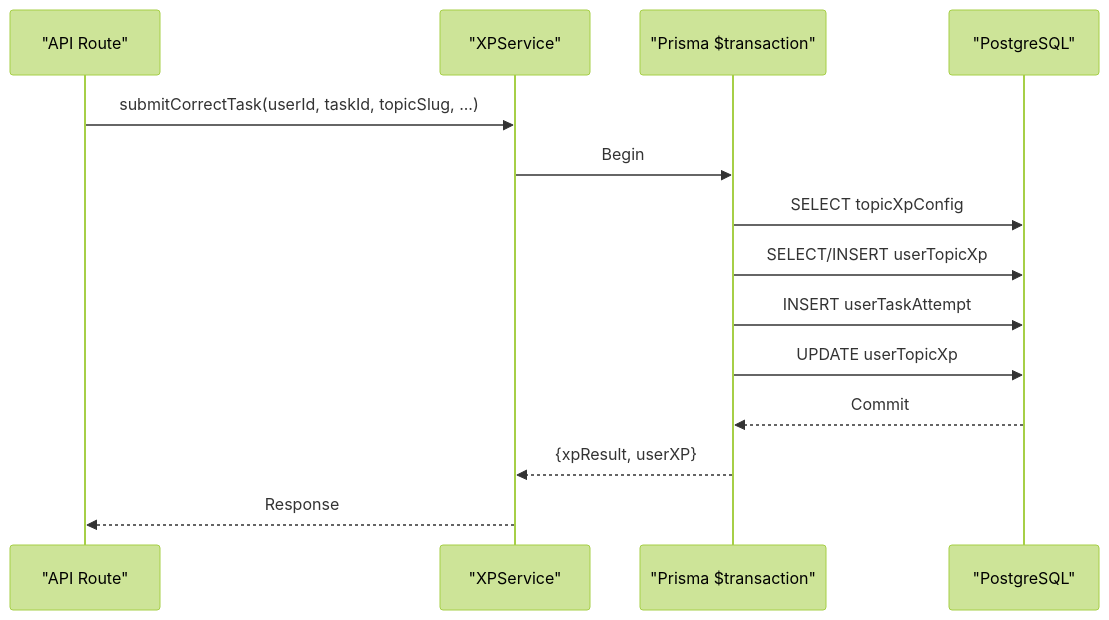
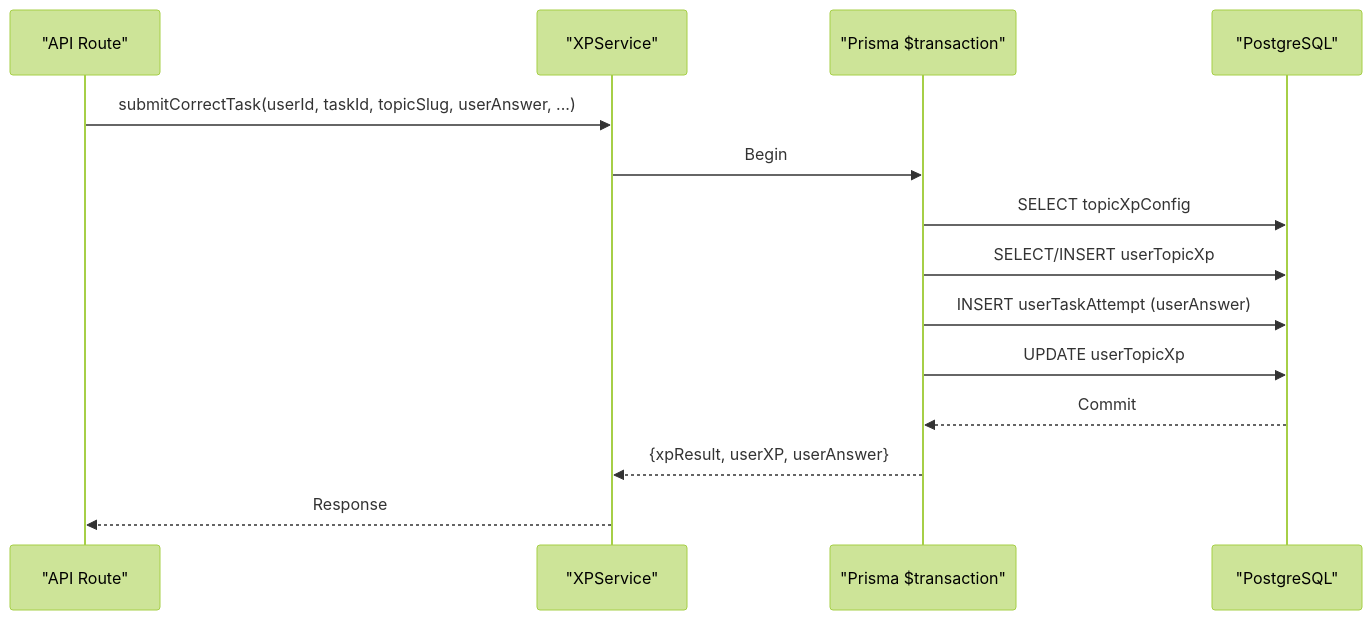
The eighth of 15 diagrams in .qoder/repowiki/en/content/Architecture & Design/Database Design & Integration.md (AlexKutz/math-app-next-js), drawn with Mermaid (forest theme) before and after one commit. The commit also changed other lines of this file and 125 other files, not shown here.

````diff
--- a/.qoder/repowiki/en/content/Architecture & Design/Database Design & Integration.md
+++ b/.qoder/repowiki/en/content/Architecture & Design/Database Design & Integration.md
@@ -398,16 +417,16 @@
 ```mermaid
 sequenceDiagram
 participant API as "API Route"
 participant Svc as "XPService"
 participant Tx as "Prisma $transaction"
 participant DB as "PostgreSQL"
-API->>Svc : submitCorrectTask(userId, taskId, topicSlug, ...)
+API->>Svc : submitCorrectTask(userId, taskId, topicSlug, userAnswer, ...)
 Svc->>Tx : Begin
 Tx->>DB : SELECT topicXpConfig
 Tx->>DB : SELECT/INSERT userTopicXp
-Tx->>DB : INSERT userTaskAttempt
+Tx->>DB : INSERT userTaskAttempt (userAnswer)
 Tx->>DB : UPDATE userTopicXp
 DB-->>Tx : Commit
-Tx-->>Svc : {xpResult, userXP}
+Tx-->>Svc : {xpResult, userXP, userAnswer}
 Svc-->>API : Response
 ```
````
